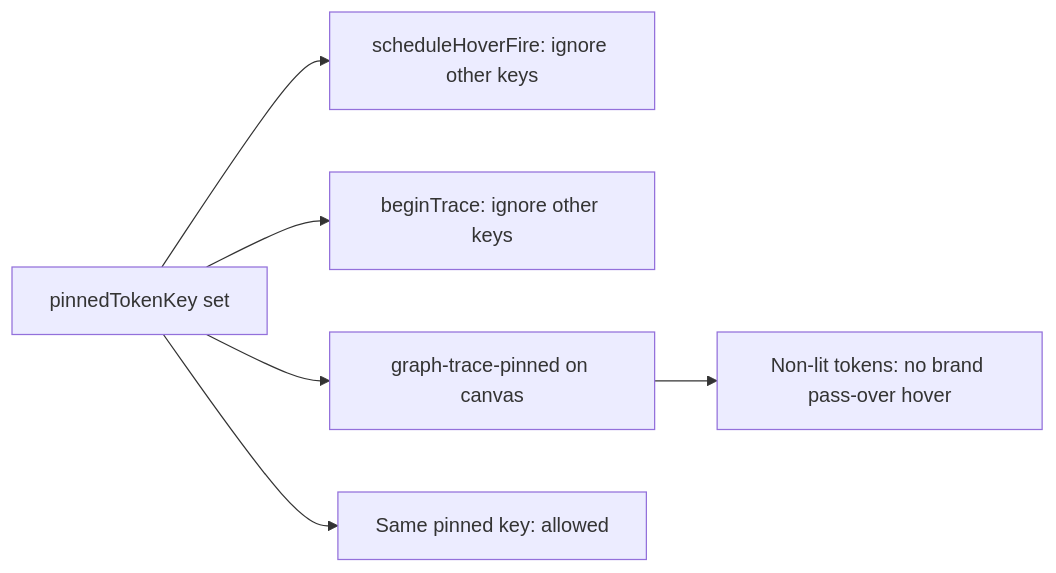
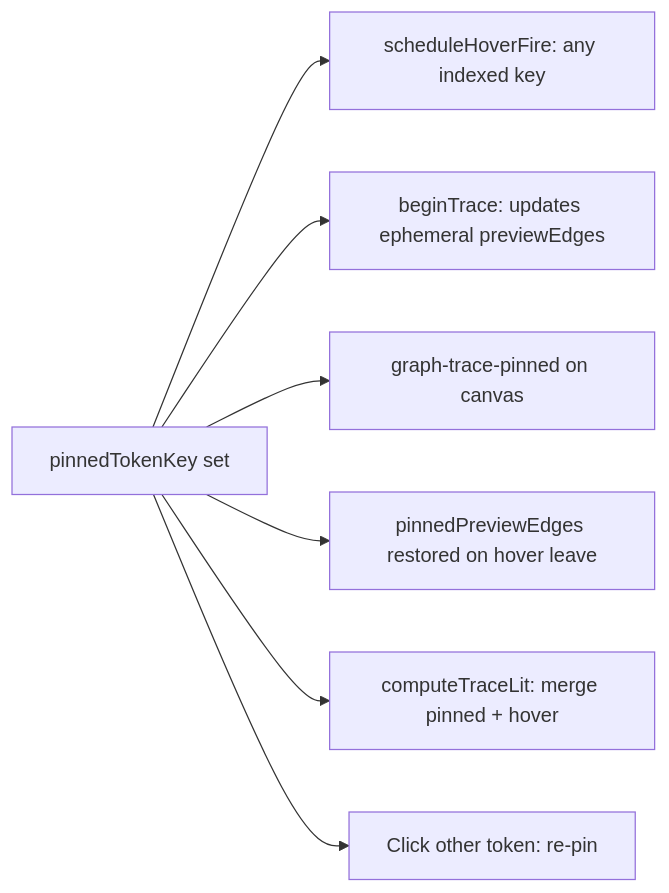
The seventh of 10 diagrams in docs/specs/system/preview-edges.interactions.supplement.md (matkleve/codegrapher), drawn with Mermaid before and after one commit. The commit also changed other lines of this file and 10 other files, not shown here.

First line of the commit message:
Refactor GraphInteractionContext and related components for improved hover and trace management

````diff
--- a/docs/specs/system/preview-edges.interactions.supplement.md
+++ b/docs/specs/system/preview-edges.interactions.supplement.md
@@ -183,8 +182,9 @@
 ```mermaid
 flowchart LR
-  Pin[pinnedTokenKey set] --> G1[scheduleHoverFire: ignore other keys]
-  Pin --> G2[beginTrace: ignore other keys]
+  Pin[pinnedTokenKey set] --> G1[scheduleHoverFire: any indexed key]
+  Pin --> G2[beginTrace: updates ephemeral previewEdges]
   Pin --> G3[graph-trace-pinned on canvas]
-  G3 --> CSS[Non-lit tokens: no brand pass-over hover]
-  Pin --> OK[Same pinned key: allowed]
+  Pin --> G4[pinnedPreviewEdges restored on hover leave]
+  Pin --> G5[computeTraceLit: merge pinned + hover]
+  Pin --> OK[Click other token: re-pin]
 ```
````
